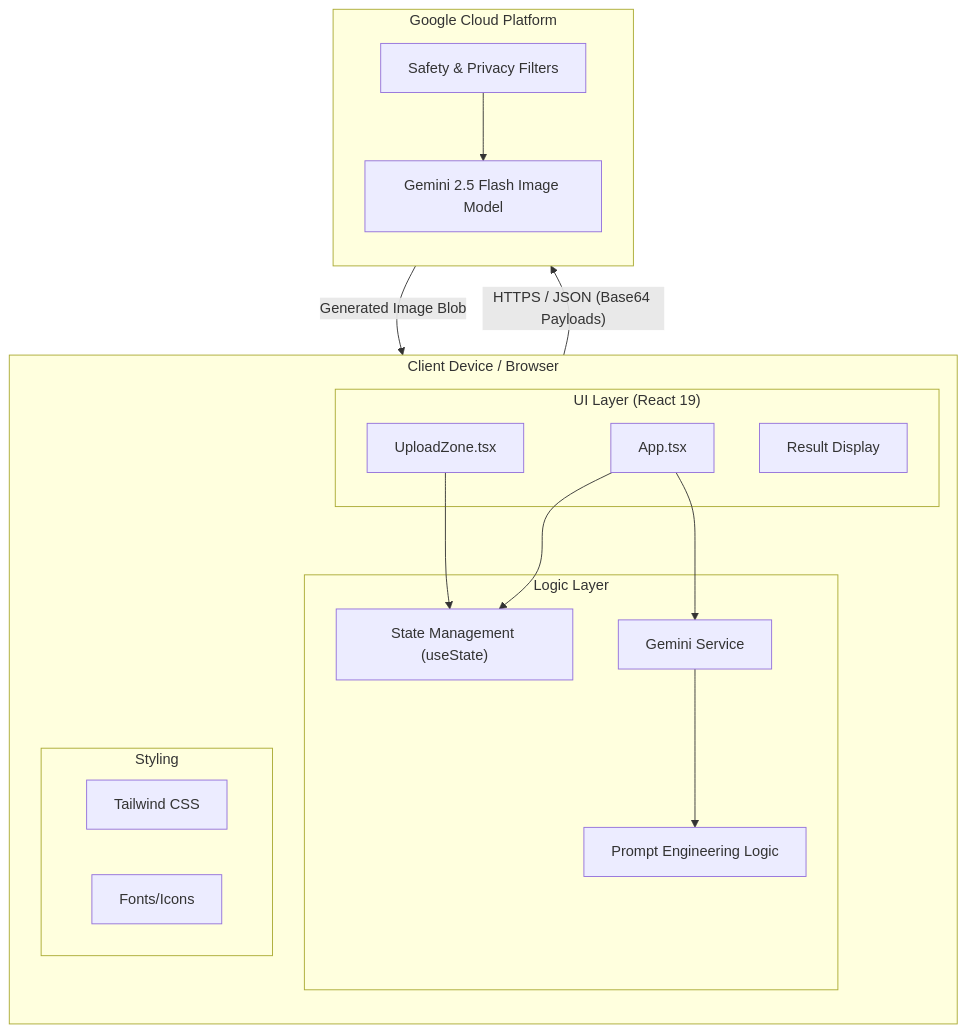
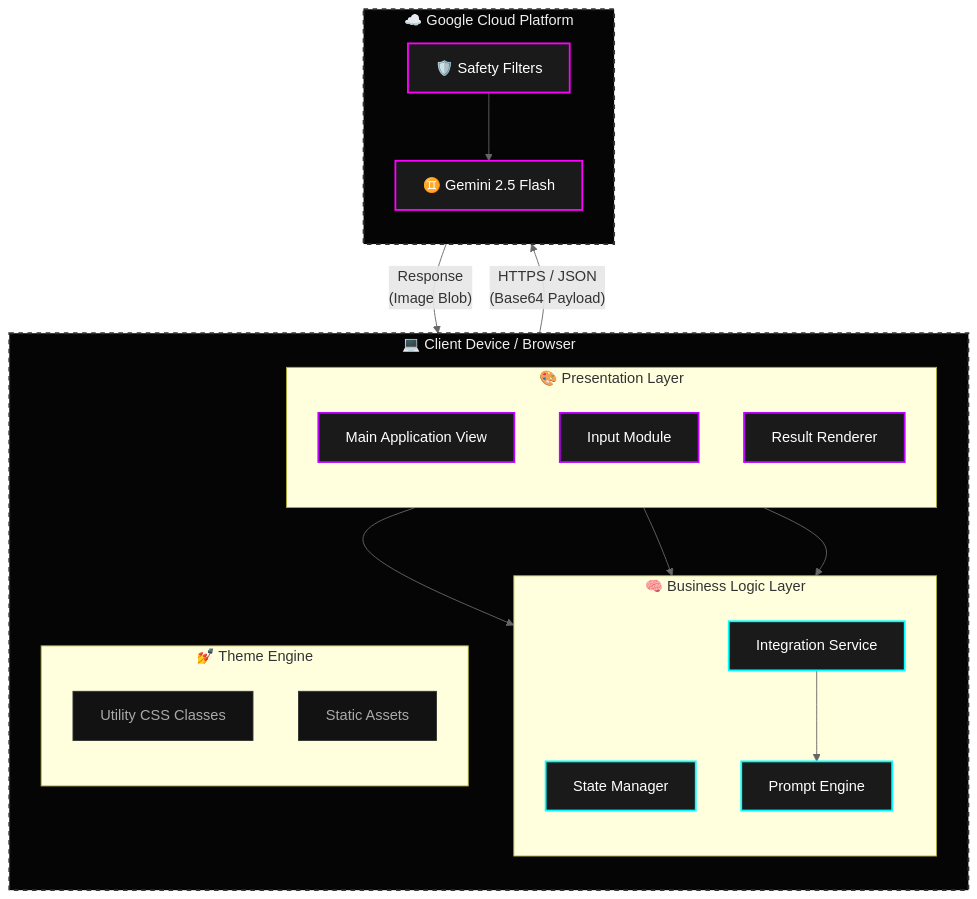
The diagram in readme/architecture_diagram.md (abhivickyvyas/squad-mix-ai), drawn with Mermaid before and after one commit. The commit also changed other lines of this file and 3 other files, not shown here.

First line of the commit message:
feat: Update README and architecture diagrams

````diff
--- a/readme/architecture_diagram.md
+++ b/readme/architecture_diagram.md
@@ -17,39 +17,56 @@
 ```mermaid
 graph TB
-    subgraph Client_Device ["Client Device / Browser"]
+    %% Define Custom Styles
+    classDef base fill:#121212,stroke:#333,stroke-width:1px,color:#aaa
+    classDef ui fill:#1a1a1a,stroke:#bd00ff,stroke-width:2px,color:#fff,shadow:0 0 10px #bd00ff
+    classDef logic fill:#1a1a1a,stroke:#00ffff,stroke-width:2px,color:#fff
+    classDef google fill:#1a1a1a,stroke:#ff00ff,stroke-width:2px,color:#fff
+    classDef container fill:#050505,stroke:#333,stroke-width:2px,stroke-dasharray: 5 5,color:#eee
+
+    subgraph Client_Device ["💻 Client Device / Browser"]
         direction TB
         
-        subgraph UI_Layer ["UI Layer (React 19)"]
-            AppComponent["App.tsx"]
-            UploadZone["UploadZone.tsx"]
-            ResultView["Result Display"]
+        subgraph UI_Layer ["🎨 Presentation Layer"]
+            direction TB
+            CoreUI["Main Application View"]:::ui
+            InputMod["Input Module"]:::ui
+            OutputMod["Result Renderer"]:::ui
         end
         
-        subgraph Logic_Layer ["Logic Layer"]
-            State["State Management (useState)"]
-            Service["Gemini Service"]
-            PromptEng["Prompt Engineering Logic"]
+        subgraph Logic_Layer ["🧠 Business Logic Layer"]
+            direction TB
+            StateManager["State Manager"]:::logic
+            APIService["Integration Service"]:::logic
+            PromptEng["Prompt Engine"]:::logic
         end
         
-        subgraph Styling ["Styling"]
-            Tailwind["Tailwind CSS"]
-            Assets["Fonts/Icons"]
+        subgraph Styling ["💅 Theme Engine"]
+            direction TB
+            CSS["Utility CSS Classes"]:::base
+            Assets["Static Assets"]:::base
         end
     end
     
-    subgraph Cloud_Infrastructure ["Google Cloud Platform"]
+    subgraph Cloud_Infrastructure ["☁️ Google Cloud Platform"]
         direction TB
-        GeminiModel["Gemini 2.5 Flash Image Model"]
-        SafetyFilters["Safety & Privacy Filters"]
+        GeminiModel["♊ Gemini 2.5 Flash"]:::google
+        SafetyFilters["🛡️ Safety Filters"]:::google
     end
+
+    %% Apply Container Styles
+    class Client_Device,Cloud_Infrastructure container
+
+    %% Connections
+    CoreUI --> StateManager
+    CoreUI --> APIService
+    InputMod --> StateManager
     
-    AppComponent --> State
-    AppComponent --> Service
-    UploadZone --> State
+    APIService --> PromptEng
     
-    Service --> PromptEng
+    APIService -- "HTTPS / JSON<br/>(Base64 Payload)" --> SafetyFilters
+    SafetyFilters --> GeminiModel
+    GeminiModel -- "Response<br/>(Image Blob)" --> APIService
     
-    Service -- "HTTPS / JSON (Base64 Payloads)" --> SafetyFilters
-    SafetyFilters --> GeminiModel
-    GeminiModel -- "Generated Image Blob" --> Service
+    %% Link Styling
+    linkStyle default stroke:#666,stroke-width:1px
 ```
````
